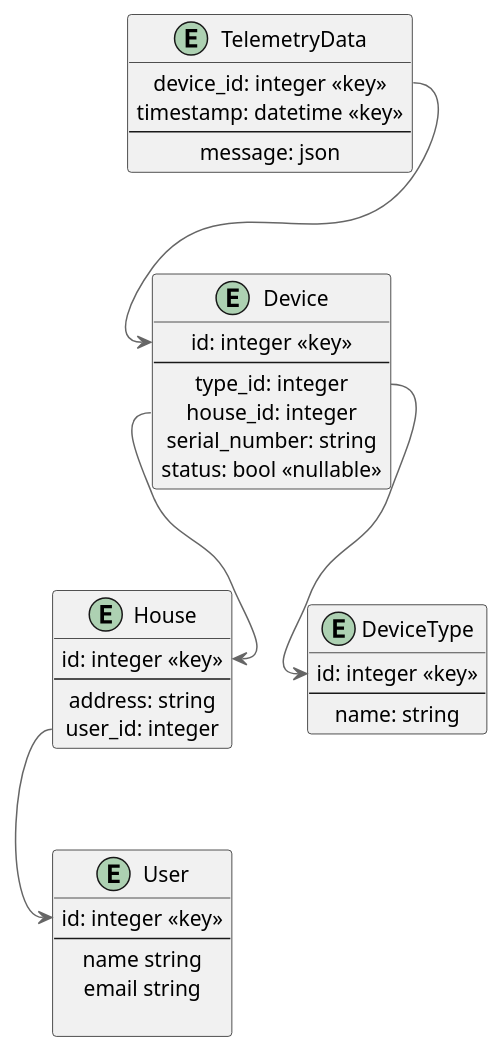
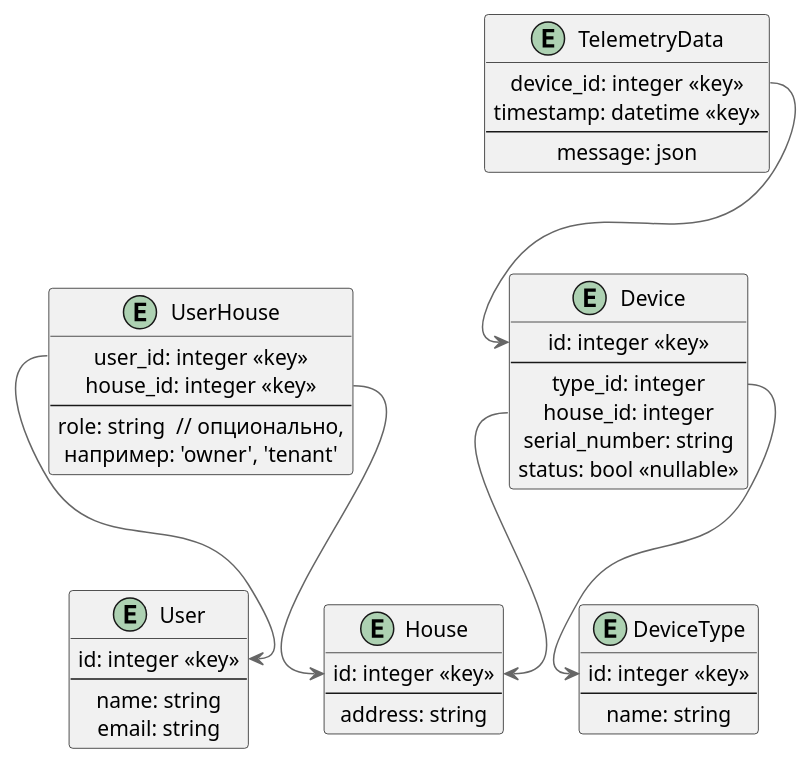
One commit to Alex-Beta/ya_architecture_sprint1 changed the diagram in er.puml. Above: the diagram before and after it, drawn with PlantUML. The commit also changed 5 other files, not shown here.

```diff
--- a/er.puml
+++ b/er.puml
@@ -1,45 +1,53 @@
 @startuml
 !includeurl https://raw.githubusercontent.com/plantuml-stdlib/C4-PlantUML/master/C4_Component.puml
 
 
-entity User{
+entity User {
  id: integer <<key>>
  --
- name string
- email string
+ name: string
+ email: string
+}
 
-}
-entity House{
+entity House {
  id: integer <<key>>
  --
  address: string
- user_id: integer
 }
-House::user_id --> User::id
+
+entity UserHouse {
+ user_id: integer <<key>>
+ house_id: integer <<key>>
+ --
+ role: string  // опционально, например: 'owner', 'tenant'
+}
+
+UserHouse::user_id --> User::id
+UserHouse::house_id --> House::id
 
 entity Device {
  id: integer <<key>>
  --
  type_id: integer
  house_id: integer
  serial_number: string
  status: bool <<nullable>>
 }
 Device::house_id --> House::id
 
 entity DeviceType{
  id: integer <<key>>
  --
  name: string
 }
 Device::type_id --> DeviceType::id
 
 entity TelemetryData{
  device_id: integer <<key>>
  timestamp: datetime <<key>>
  --
  message: json
 }
 TelemetryData::device_id --> Device::id
 
 @enduml
```
